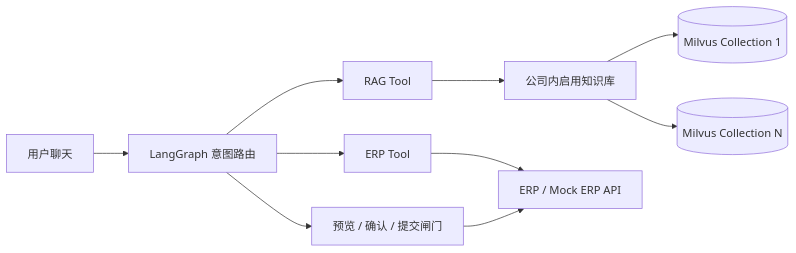
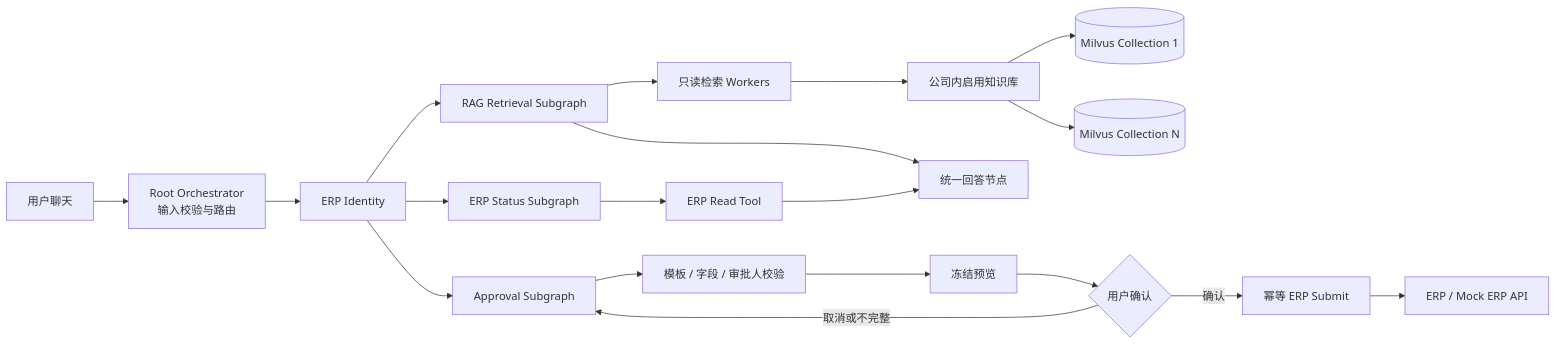
The diagram in ai_erp_rag_assistant/docs/ARCHITECTURE.md (sangdongbo/langchain_study), drawn with Mermaid before and after one commit. The commit also changed other lines of this file and 637 other files, not shown here.

````diff
--- a/ai_erp_rag_assistant/docs/ARCHITECTURE.md
+++ b/ai_erp_rag_assistant/docs/ARCHITECTURE.md
@@ -3,12 +3,21 @@
 ```mermaid
 flowchart LR
-    U[用户聊天] --> G[LangGraph 意图路由]
-    G --> R[RAG Tool]
-    G --> E[ERP Tool]
-    R --> K[公司内启用知识库]
+    U[用户聊天] --> G[Root Orchestrator\n输入校验与路由]
+    G --> I[ERP Identity]
+    I --> R[RAG Retrieval Subgraph]
+    I --> S[ERP Status Subgraph]
+    I --> A[Approval Subgraph]
+    R --> W1[只读检索 Workers]
+    W1 --> K[公司内启用知识库]
     K --> M1[(Milvus Collection 1)]
     K --> M2[(Milvus Collection N)]
-    E --> API[ERP / Mock ERP API]
-    G --> W[预览 / 确认 / 提交闸门]
-    W --> API
+    R --> L[统一回答节点]
+    S --> E[ERP Read Tool]
+    E --> L
+    A --> F[模板 / 字段 / 审批人校验]
+    F --> P[冻结预览]
+    P --> C{用户确认}
+    C -->|确认| T[幂等 ERP Submit]
+    C -->|取消或不完整| A
+    T --> API[ERP / Mock ERP API]
 ```
````
